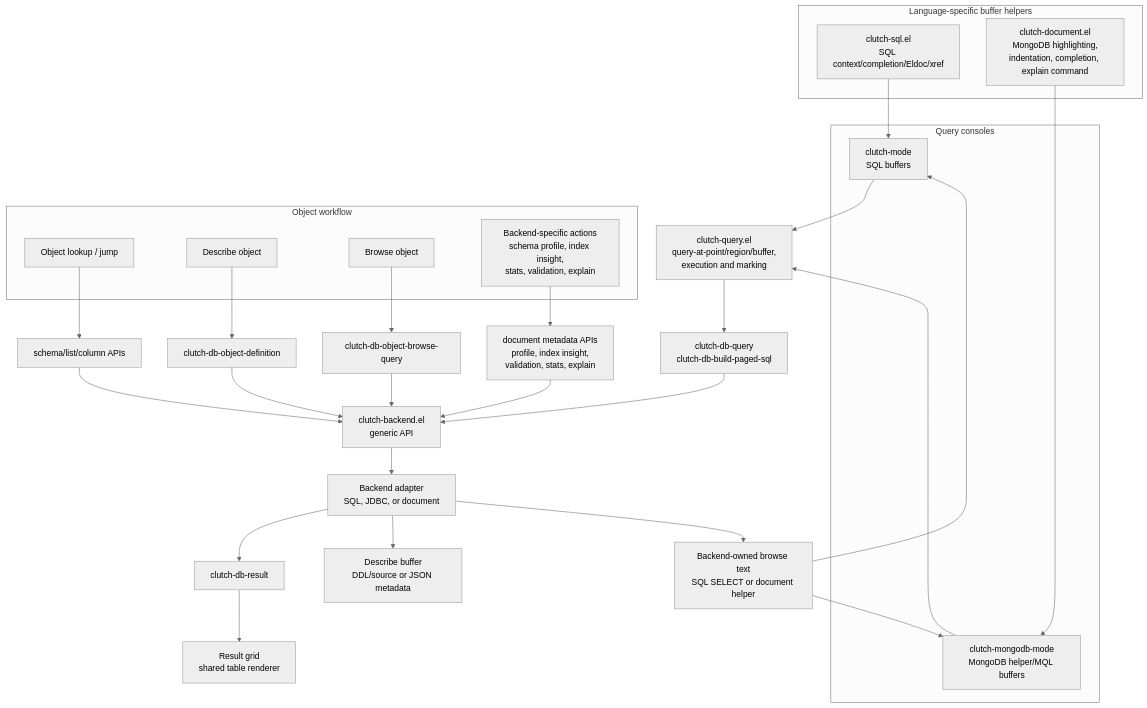
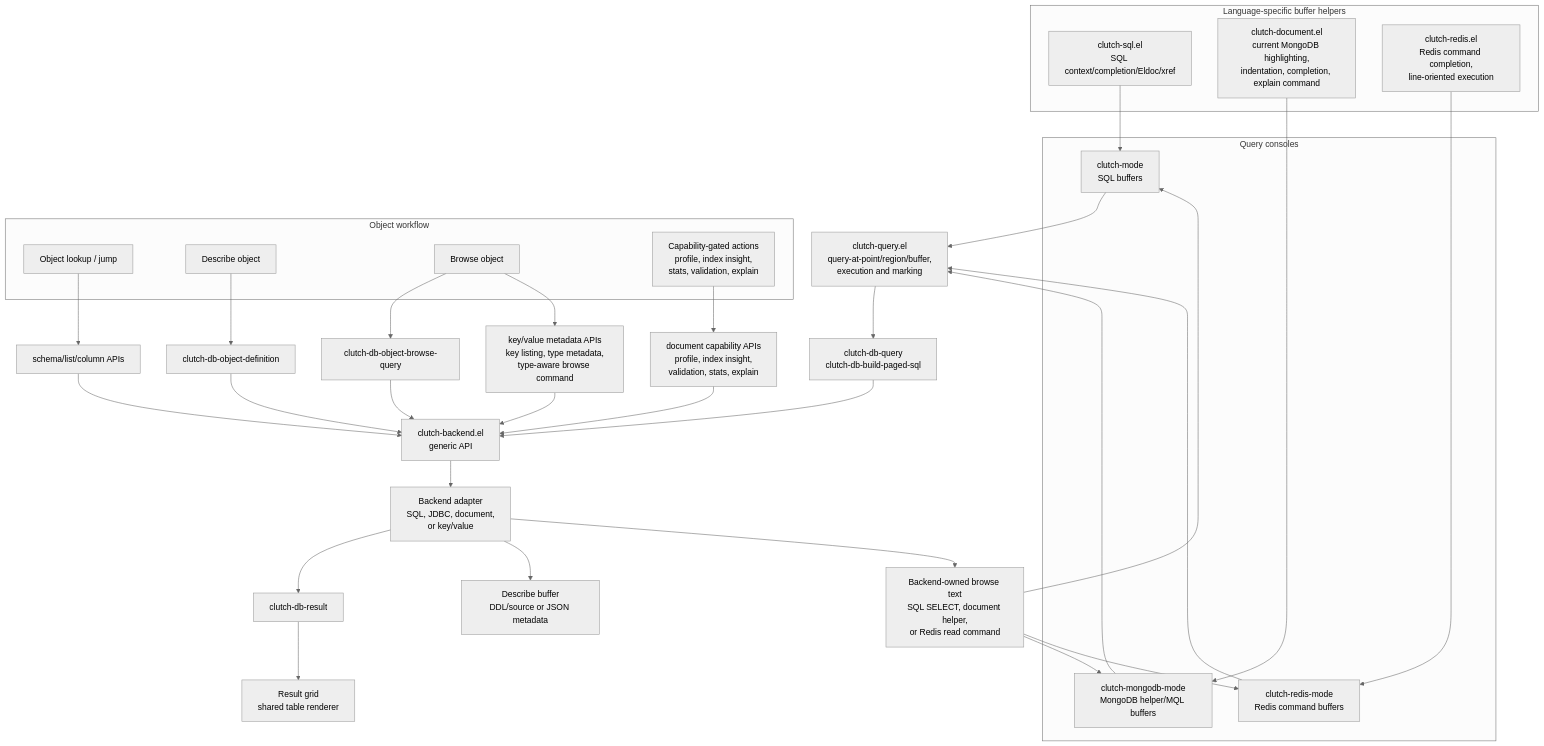
The fourth of 5 diagrams in docs/architecture.md (LuciusChen/clutch), drawn with Mermaid (neutral theme) before and after one commit. The commit also changed other lines of this file and 35 other files, not shown here.

Commit message:
Add native document and key-value backends

````diff
--- a/docs/architecture.md
+++ b/docs/architecture.md
@@ -171,57 +188,65 @@
 ```mermaid
 flowchart TB
   subgraph Consoles["Query consoles"]
     SQLConsole["clutch-mode<br/>SQL buffers"]
     MongoConsole["clutch-mongodb-mode<br/>MongoDB helper/MQL buffers"]
+    RedisConsole["clutch-redis-mode<br/>Redis command buffers"]
   end
 
   subgraph LanguageHelpers["Language-specific buffer helpers"]
     SQLHelpers["clutch-sql.el<br/>SQL context/completion/Eldoc/xref"]
-    DocumentHelpers["clutch-document.el<br/>MongoDB highlighting,<br/>indentation, completion, explain command"]
+    DocumentHelpers["clutch-document.el<br/>current MongoDB highlighting,<br/>indentation, completion, explain command"]
+    RedisHelpers["clutch-redis.el<br/>Redis command completion,<br/>line-oriented execution"]
   end
 
   subgraph ObjectUI["Object workflow"]
     Jump["Object lookup / jump"]
     Describe["Describe object"]
     Browse["Browse object"]
-    Actions["Backend-specific actions<br/>schema profile, index insight,<br/>stats, validation, explain"]
+    Actions["Capability-gated actions<br/>profile, index insight,<br/>stats, validation, explain"]
   end
 
   Facade["clutch-backend.el<br/>generic API"]
 
   QueryWorkflow["clutch-query.el<br/>query-at-point/region/buffer,<br/>execution and marking"]
   QueryAPI["clutch-db-query<br/>clutch-db-build-paged-sql"]
   DefinitionAPI["clutch-db-object-definition"]
   BrowseAPI["clutch-db-object-browse-query"]
   MetadataAPI["schema/list/column APIs"]
-  DocumentMetadataAPI["document metadata APIs<br/>profile, index insight,<br/>validation, stats, explain"]
+  DocumentMetadataAPI["document capability APIs<br/>profile, index insight,<br/>validation, stats, explain"]
+  KeyValueMetadataAPI["key/value metadata APIs<br/>key listing, type metadata,<br/>type-aware browse command"]
 
-  Adapter["Backend adapter<br/>SQL, JDBC, or document"]
+  Adapter["Backend adapter<br/>SQL, JDBC, document,<br/>or key/value"]
   ResultStruct["clutch-db-result"]
   ResultGrid["Result grid<br/>shared table renderer"]
-  BrowseText["Backend-owned browse text<br/>SQL SELECT or document helper"]
+  BrowseText["Backend-owned browse text<br/>SQL SELECT, document helper,<br/>or Redis read command"]
   DescribeBuffer["Describe buffer<br/>DDL/source or JSON metadata"]
 
   SQLHelpers --> SQLConsole
   DocumentHelpers --> MongoConsole
+  RedisHelpers --> RedisConsole
   SQLConsole --> QueryWorkflow
   MongoConsole --> QueryWorkflow
+  RedisConsole --> QueryWorkflow
   QueryWorkflow --> QueryAPI
   QueryAPI --> Facade
   Facade --> Adapter
   Adapter --> ResultStruct
   ResultStruct --> ResultGrid
 
   Jump --> MetadataAPI
   Describe --> DefinitionAPI
   Browse --> BrowseAPI
   Actions --> DocumentMetadataAPI
+  Browse --> KeyValueMetadataAPI
   MetadataAPI --> Facade
   DefinitionAPI --> Facade
   BrowseAPI --> Facade
   DocumentMetadataAPI --> Facade
+  KeyValueMetadataAPI --> Facade
   Adapter --> DescribeBuffer
   Adapter --> BrowseText
   BrowseText --> SQLConsole
   BrowseText --> MongoConsole
+  BrowseText --> RedisConsole
 ```
````
